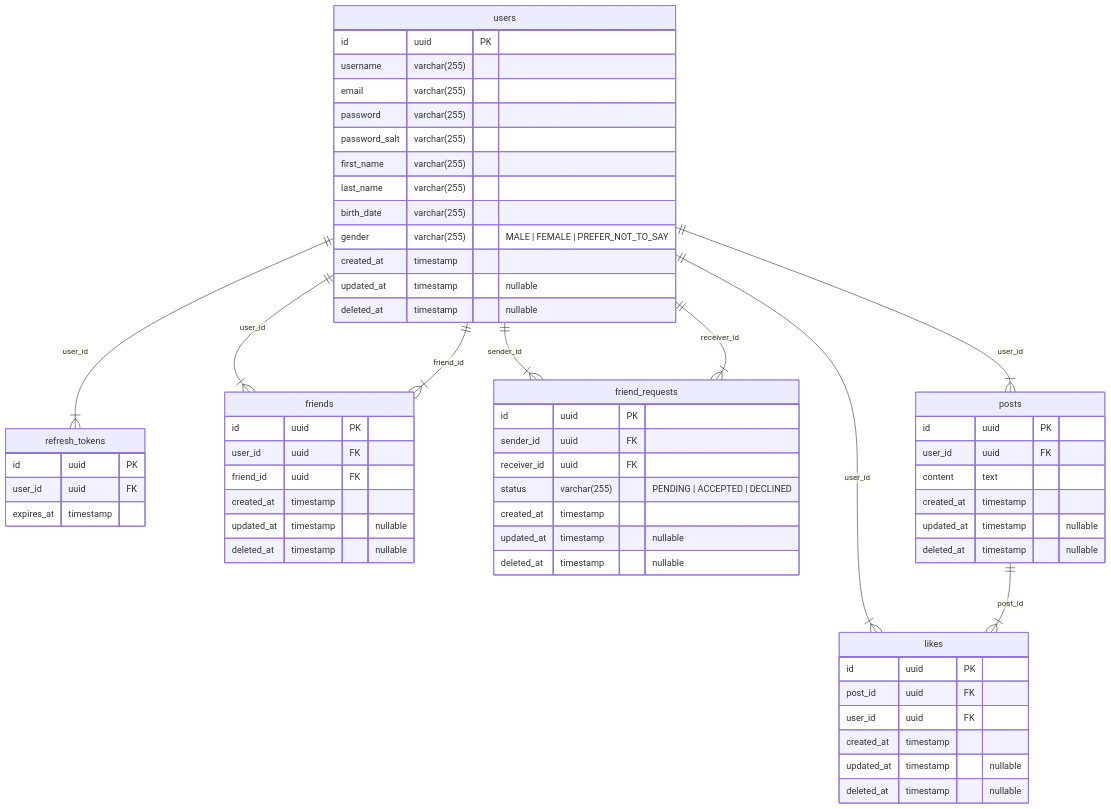
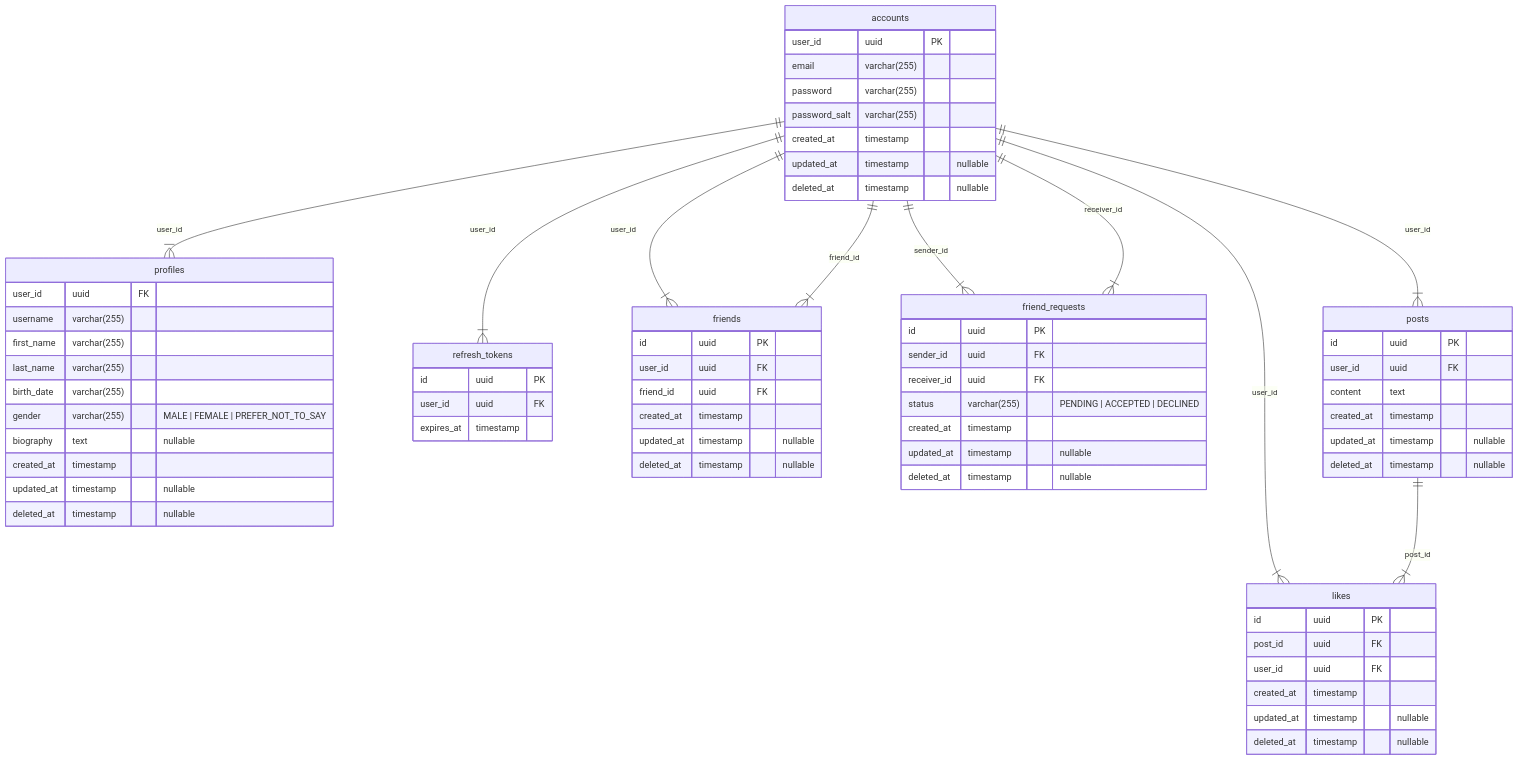
Before and after one commit to fredrikj31/thoughts: the diagram in docs/database-structure.md, drawn with Mermaid.

Commit message:
docs(database): updates database diagram with new accounts table

````diff
--- a/docs/database-structure.md
+++ b/docs/database-structure.md
@@ -5,68 +5,77 @@
 ```mermaid
 erDiagram
-  users {
-    id uuid PK
-    username varchar(255)
+  accounts {
+    user_id uuid PK
     email varchar(255)
     password varchar(255)
     password_salt varchar(255)
+    created_at timestamp
+    updated_at timestamp "nullable"
+    deleted_at timestamp "nullable"
+  }
+
+  profiles {
+    user_id uuid FK
+    username varchar(255)
     first_name varchar(255)
     last_name varchar(255)
     birth_date varchar(255)
     gender varchar(255) "MALE | FEMALE | PREFER_NOT_TO_SAY"
+    biography text "nullable"
     created_at timestamp
     updated_at timestamp "nullable"
     deleted_at timestamp "nullable"
   }
+  accounts ||--|{ profiles : user_id
 
   refresh_tokens {
     id uuid PK
     user_id uuid FK
     expires_at timestamp
   }
-  users ||--|{ refresh_tokens : user_id
+  accounts ||--|{ refresh_tokens : user_id
 
   friends {
     id uuid PK
     user_id uuid FK
     friend_id uuid FK
     created_at timestamp
     updated_at timestamp "nullable"
     deleted_at timestamp "nullable"
   }
-  users ||--|{ friends : user_id
-  users ||--|{ friends : friend_id
+  accounts ||--|{ friends : user_id
+  accounts ||--|{ friends : friend_id
 
   friend_requests {
     id uuid PK
     sender_id uuid FK
     receiver_id uuid FK
     status varchar(255) "PENDING | ACCEPTED | DECLINED"
     created_at timestamp
     updated_at timestamp "nullable"
     deleted_at timestamp "nullable"
   }
-  users ||--|{ friend_requests : sender_id
-  users ||--|{ friend_requests : receiver_id
+  accounts ||--|{ friend_requests : sender_id
+  accounts ||--|{ friend_requests : receiver_id
 
   posts {
     id uuid PK
     user_id uuid FK
     content text
     created_at timestamp
     updated_at timestamp "nullable"
     deleted_at timestamp "nullable"
   }
-  users ||--|{ posts : user_id
+  accounts ||--|{ posts : user_id
 
   likes {
     id uuid PK
     post_id uuid FK
     user_id uuid FK
     created_at timestamp
     updated_at timestamp "nullable"
     deleted_at timestamp "nullable"
   }
-  users ||--|{ likes : user_id
+  accounts ||--|{ likes : user_id
   posts ||--|{ likes : post_id
 ```
````
